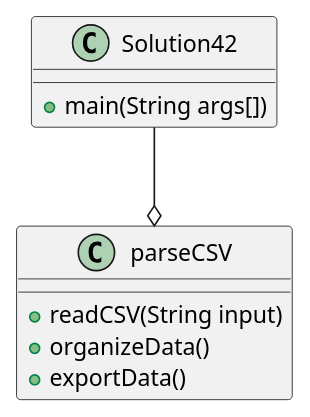
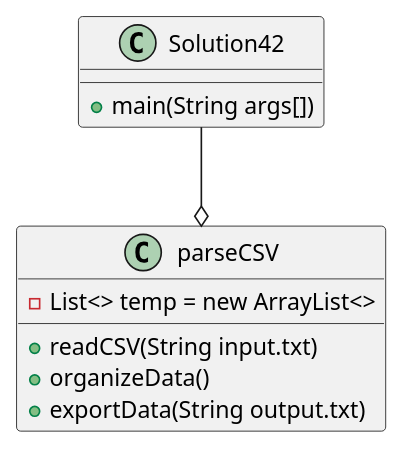
One commit to Trump7/trump-a04 changed the diagram in exercise42/docs/Solution42Plan.puml. Above: the diagram before and after it, drawn with PlantUML. The commit also changed 4 other files, not shown here.

Commit message:
Pseudocode, PlantUML, and Tests

```diff
--- a/exercise42/docs/Solution42Plan.puml
+++ b/exercise42/docs/Solution42Plan.puml
@@ -1,16 +1,17 @@
 @startuml
 
 class Solution42{
     +main(String args[])
 
 }
 
 class parseCSV{
-    +readCSV(String input)
+    -List<> temp = new ArrayList<>
+    +readCSV(String input.txt)
     +organizeData()
-    +exportData()
+    +exportData(String output.txt)
 }
 
 Solution42 --o parseCSV
 
 @enduml
```
